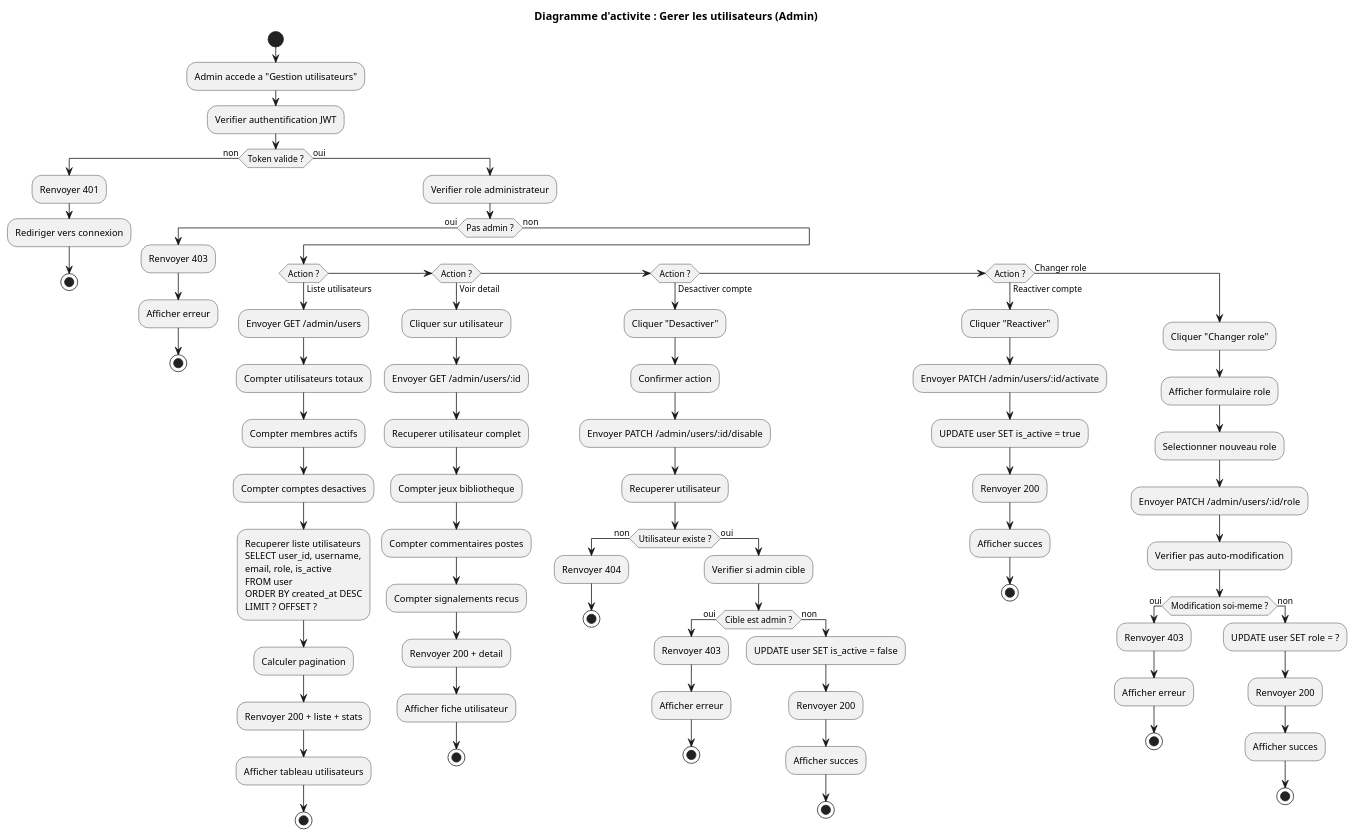
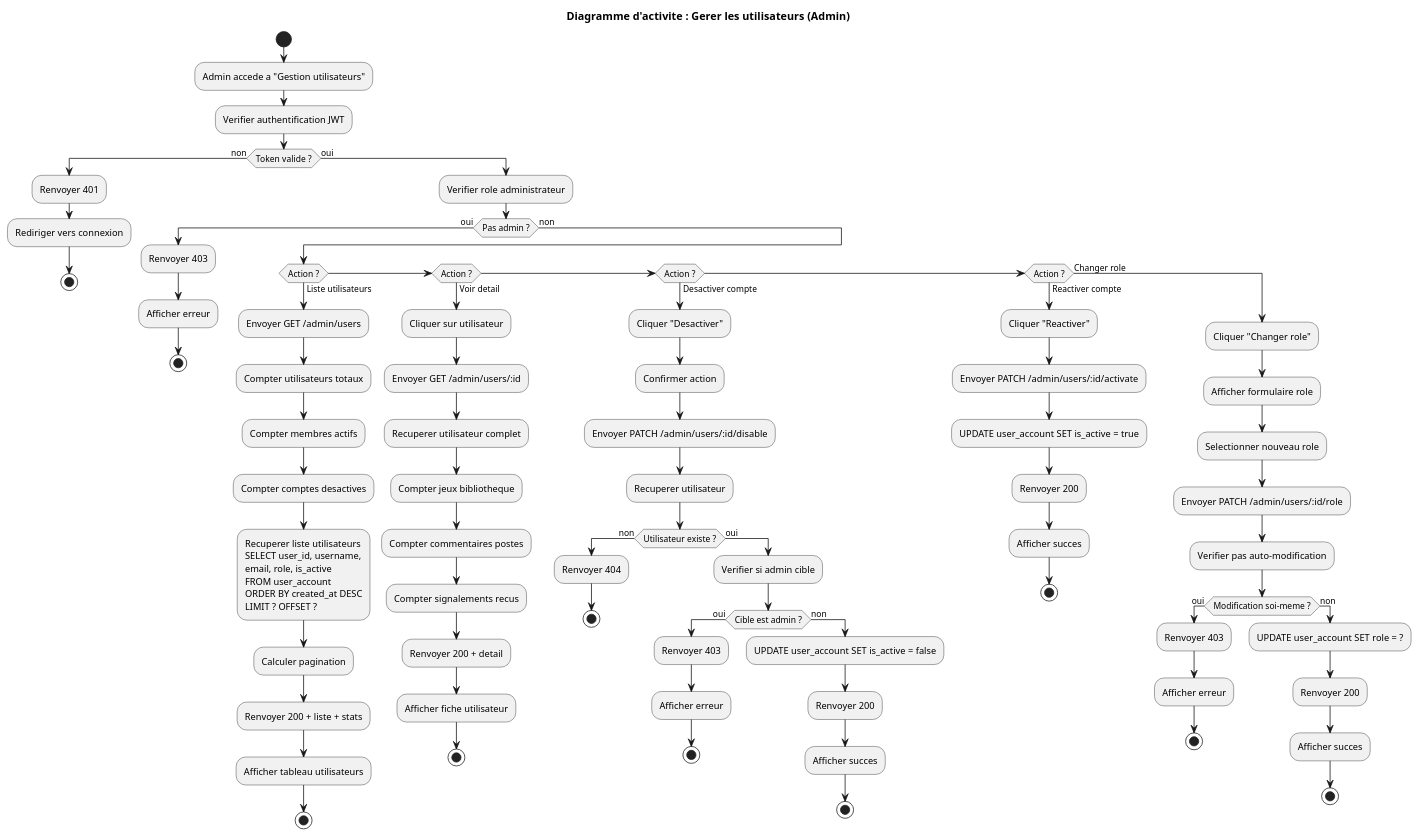
Before and after one commit to Zodiarche/MyGameList: the diagram in uml/activity/manage-users.puml, drawn with PlantUML. The commit also changed 19 other files, not shown here.

Commit message:
fix: user devient user_account

```diff
--- a/uml/activity/manage-users.puml
+++ b/uml/activity/manage-users.puml
@@ -1,99 +1,99 @@
 @startuml Activity_GererUtilisateurs
 title Diagramme d'activite : Gerer les utilisateurs (Admin)
 
 start
 
 :Admin accede a "Gestion utilisateurs";
 
 :Verifier authentification JWT;
 
 if (Token valide ?) then (non)
   :Renvoyer 401;
   :Rediriger vers connexion;
   stop
 else (oui)
   :Verifier role administrateur;
   
   if (Pas admin ?) then (oui)
     :Renvoyer 403;
     :Afficher erreur;
     stop
   else (non)
     if (Action ?) then (Liste utilisateurs)
       :Envoyer GET /admin/users;
       :Compter utilisateurs totaux;
       :Compter membres actifs;
       :Compter comptes desactives;
       
-      :Recuperer liste utilisateurs\nSELECT user_id, username,\nemail, role, is_active\nFROM user\nORDER BY created_at DESC\nLIMIT ? OFFSET ?;
+      :Recuperer liste utilisateurs\nSELECT user_id, username,\nemail, role, is_active\nFROM user_account\nORDER BY created_at DESC\nLIMIT ? OFFSET ?;
       
       :Calculer pagination;
       :Renvoyer 200 + liste + stats;
       :Afficher tableau utilisateurs;
       stop
       
     elseif (Action ?) then (Voir detail)
       :Cliquer sur utilisateur;
       :Envoyer GET /admin/users/:id;
       :Recuperer utilisateur complet;
       :Compter jeux bibliotheque;
       :Compter commentaires postes;
       :Compter signalements recus;
       :Renvoyer 200 + detail;
       :Afficher fiche utilisateur;
       stop
       
     elseif (Action ?) then (Desactiver compte)
       :Cliquer "Desactiver";
       :Confirmer action;
       :Envoyer PATCH /admin/users/:id/disable;
       :Recuperer utilisateur;
       
       if (Utilisateur existe ?) then (non)
         :Renvoyer 404;
         stop
       else (oui)
         :Verifier si admin cible;
         
         if (Cible est admin ?) then (oui)
           :Renvoyer 403;
           :Afficher erreur;
           stop
         else (non)
-          :UPDATE user SET is_active = false;
+          :UPDATE user_account SET is_active = false;
           :Renvoyer 200;
           :Afficher succes;
           stop
         endif
       endif
       
     elseif (Action ?) then (Reactiver compte)
       :Cliquer "Reactiver";
       :Envoyer PATCH /admin/users/:id/activate;
-      :UPDATE user SET is_active = true;
+      :UPDATE user_account SET is_active = true;
       :Renvoyer 200;
       :Afficher succes;
       stop
       
     else (Changer role)
       :Cliquer "Changer role";
       :Afficher formulaire role;
       :Selectionner nouveau role;
       :Envoyer PATCH /admin/users/:id/role;
       :Verifier pas auto-modification;
       
       if (Modification soi-meme ?) then (oui)
         :Renvoyer 403;
         :Afficher erreur;
         stop
       else (non)
-        :UPDATE user SET role = ?;
+        :UPDATE user_account SET role = ?;
         :Renvoyer 200;
         :Afficher succes;
         stop
       endif
     endif
   endif
 endif
 
 @enduml
```
